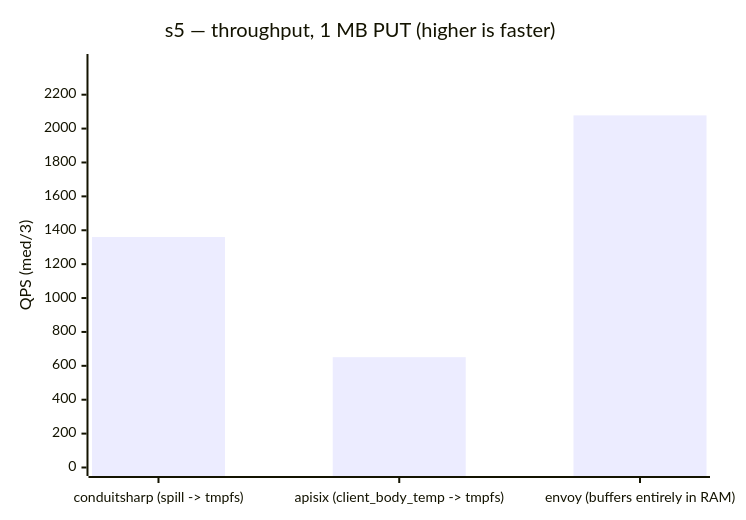
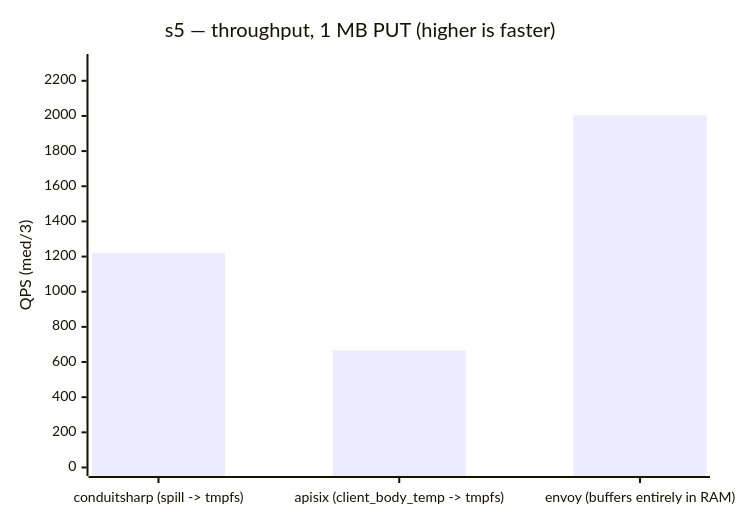
One commit to liqngliz/ConduitSharp changed the second of 2 diagrams in benchmarks/load/README.md. Above: the diagram before and after it, drawn with Mermaid. The commit also changed other lines of this file and 1 other file, not shown here.

````diff
--- a/benchmarks/load/README.md
+++ b/benchmarks/load/README.md
@@ -135,7 +135,7 @@
 ```mermaid
 xychart-beta
     title "s5 — throughput, 1 MB PUT (higher is faster)"
     x-axis ["conduitsharp (spill -> tmpfs)", "apisix (client_body_temp -> tmpfs)", "envoy (buffers entirely in RAM)"]
-    y-axis "QPS (med/3)" 0 --> 2390
-    bar [1360, 651, 2078]
+    y-axis "QPS (med/3)" 0 --> 2304
+    bar [1221, 667, 2003]
 ```
````
